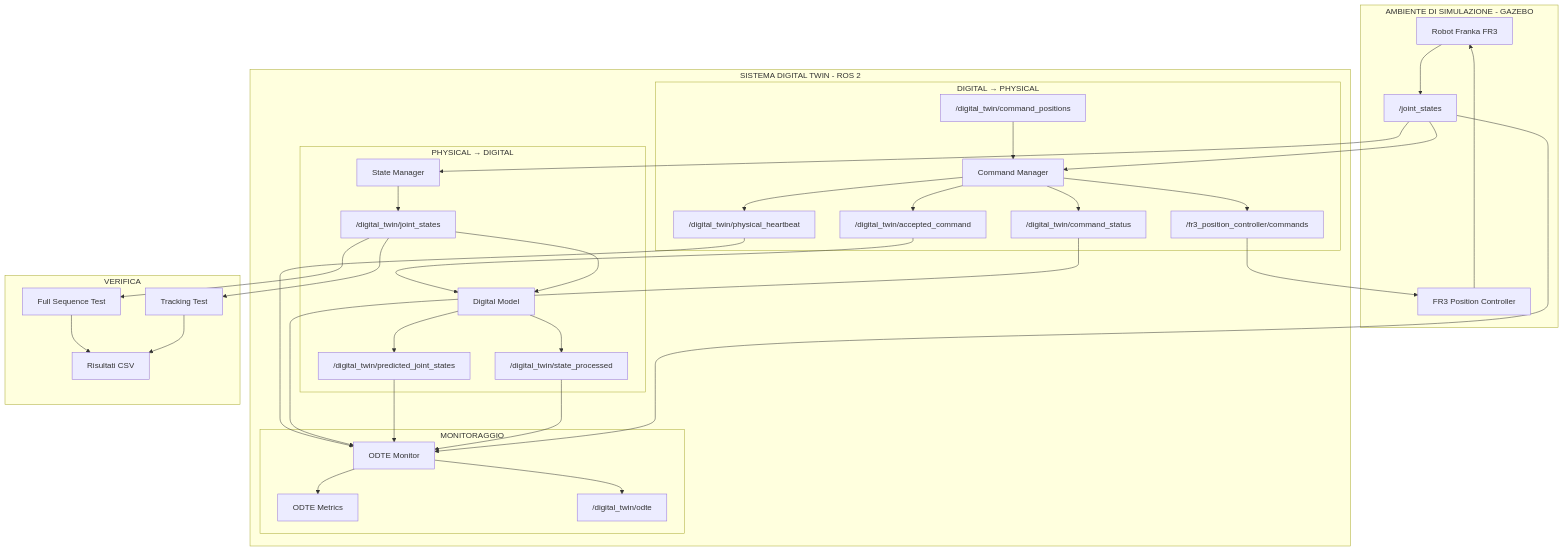
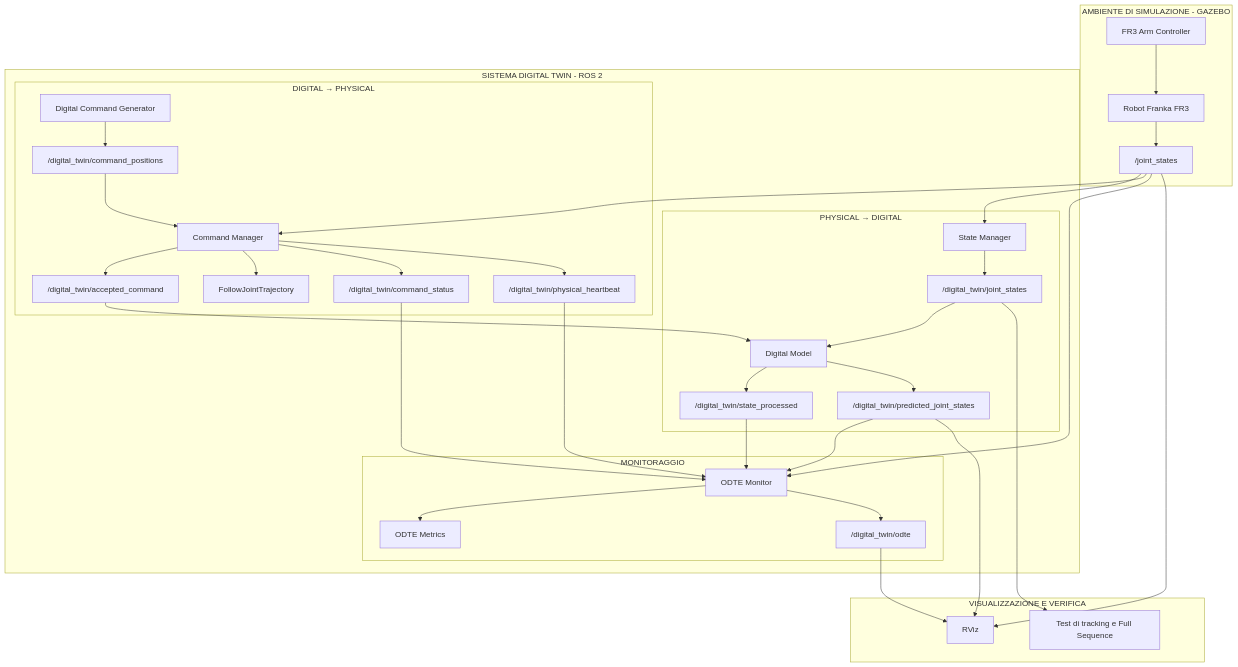
The first of 3 diagrams in docs/architecture.md (chiarabrignani/franka_digital_twin), drawn with Mermaid before and after one commit. The commit also changed other lines of this file and 2 other files, not shown here.

Commit message:
Update documentation and refine command manager

````diff
--- a/docs/architecture.md
+++ b/docs/architecture.md
@@ -27,76 +27,74 @@
 ```mermaid
 flowchart TB
 
     subgraph PHYSICAL["AMBIENTE DI SIMULAZIONE - GAZEBO"]
         ROBOT["Robot Franka FR3"]
-        CONTROLLER["FR3 Position Controller"]
+        CONTROLLER["FR3 Arm Controller"]
         JOINTS["/joint_states"]
 
         CONTROLLER --> ROBOT
         ROBOT --> JOINTS
     end
 
     subgraph DIGITAL["SISTEMA DIGITAL TWIN - ROS 2"]
 
         subgraph P2D["PHYSICAL → DIGITAL"]
             STATE["State Manager"]
             DT_STATE["/digital_twin/joint_states"]
             MODEL["Digital Model"]
             PROCESSED["/digital_twin/state_processed"]
             PREDICTED["/digital_twin/predicted_joint_states"]
 
             STATE --> DT_STATE
             DT_STATE --> MODEL
             MODEL --> PROCESSED
             MODEL --> PREDICTED
         end
 
         subgraph D2P["DIGITAL → PHYSICAL"]
+            GENERATOR["Digital Command Generator"]
             INPUT["/digital_twin/command_positions"]
             COMMAND["Command Manager"]
             ACCEPTED["/digital_twin/accepted_command"]
-            COMMAND_TOPIC["/fr3_position_controller/commands"]
+            ACTION["FollowJointTrajectory"]
             STATUS["/digital_twin/command_status"]
             HEARTBEAT["/digital_twin/physical_heartbeat"]
 
+            GENERATOR --> INPUT
             INPUT --> COMMAND
             COMMAND --> ACCEPTED
-            COMMAND --> COMMAND_TOPIC
+            COMMAND --> ACTION
             COMMAND --> STATUS
             COMMAND --> HEARTBEAT
         end
 
         subgraph MONITORING["MONITORAGGIO"]
             ODTE["ODTE Monitor"]
             METRICS["ODTE Metrics"]
             RESULTS["/digital_twin/odte"]
 
             ODTE --> METRICS
             ODTE --> RESULTS
         end
     end
 
-    subgraph TESTS["VERIFICA"]
-        TRACKING["Tracking Test"]
-        SEQUENCE["Full Sequence Test"]
-        CSV["Risultati CSV"]
-
-        TRACKING --> CSV
-        SEQUENCE --> CSV
+    subgraph INTERFACES["VISUALIZZAZIONE E VERIFICA"]
+        RVIZ["RViz"]
+        TESTS["Test di tracking e Full Sequence"]
     end
 
     JOINTS --> STATE
     JOINTS --> COMMAND
     JOINTS --> ODTE
 
     ACCEPTED --> MODEL
-
     PROCESSED --> ODTE
     PREDICTED --> ODTE
     STATUS --> ODTE
     HEARTBEAT --> ODTE
 
-    DT_STATE --> TRACKING
-    DT_STATE --> SEQUENCE
-    COMMAND_TOPIC --> CONTROLLER
+    DT_STATE --> TESTS
+    RESULTS --> RVIZ
+    JOINTS --> RVIZ
+    PREDICTED --> RVIZ
 ```
````
